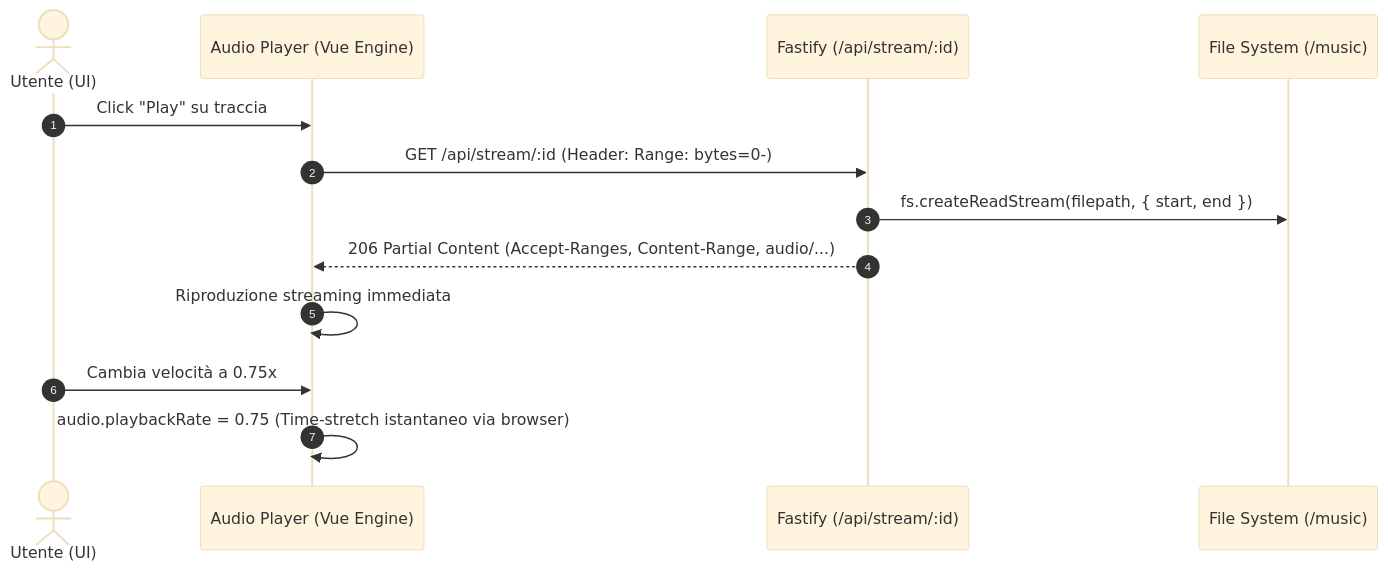
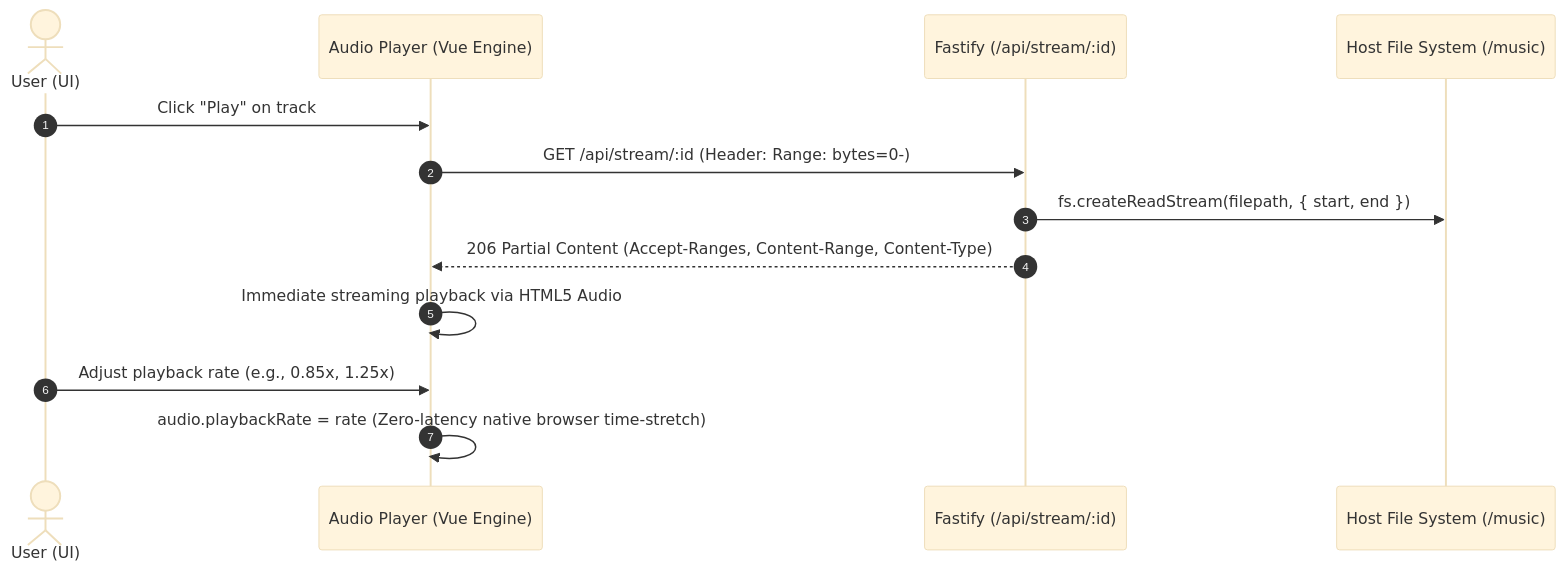
The fourth of 4 diagrams in docs/architecture.md (UdrK/QuarterNote), drawn with Mermaid (base theme) before and after one commit. The commit also changed other lines of this file and 5 other files, not shown here.

````diff
--- a/docs/architecture.md
+++ b/docs/architecture.md
@@ -154,16 +193,16 @@
 ```mermaid
 sequenceDiagram
     autonumber
-    actor User as Utente (UI)
+    actor User as User (UI)
     participant Player as Audio Player (Vue Engine)
     participant StreamAPI as Fastify (/api/stream/:id)
-    participant FS as File System (/music)
+    participant FS as Host File System (/music)
 
-    User->>Player: Click "Play" su traccia
+    User->>Player: Click "Play" on track
     Player->>StreamAPI: GET /api/stream/:id (Header: Range: bytes=0-)
     StreamAPI->>FS: fs.createReadStream(filepath, { start, end })
-    StreamAPI-->>Player: 206 Partial Content (Accept-Ranges, Content-Range, audio/...)
-    Player->>Player: Riproduzione streaming immediata
-    User->>Player: Cambia velocità a 0.75x
-    Player->>Player: audio.playbackRate = 0.75 (Time-stretch istantaneo via browser)
+    StreamAPI-->>Player: 206 Partial Content (Accept-Ranges, Content-Range, Content-Type)
+    Player->>Player: Immediate streaming playback via HTML5 Audio
+    User->>Player: Adjust playback rate (e.g., 0.85x, 1.25x)
+    Player->>Player: audio.playbackRate = rate (Zero-latency native browser time-stretch)
 ```
````
